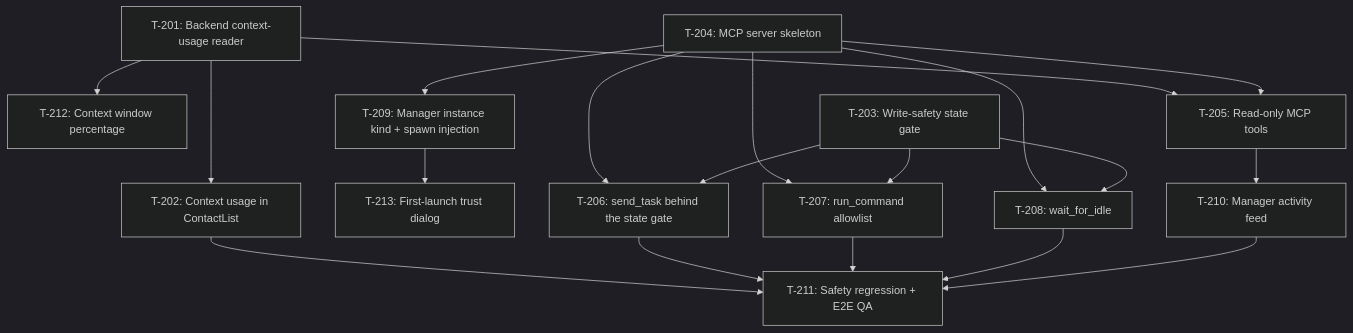
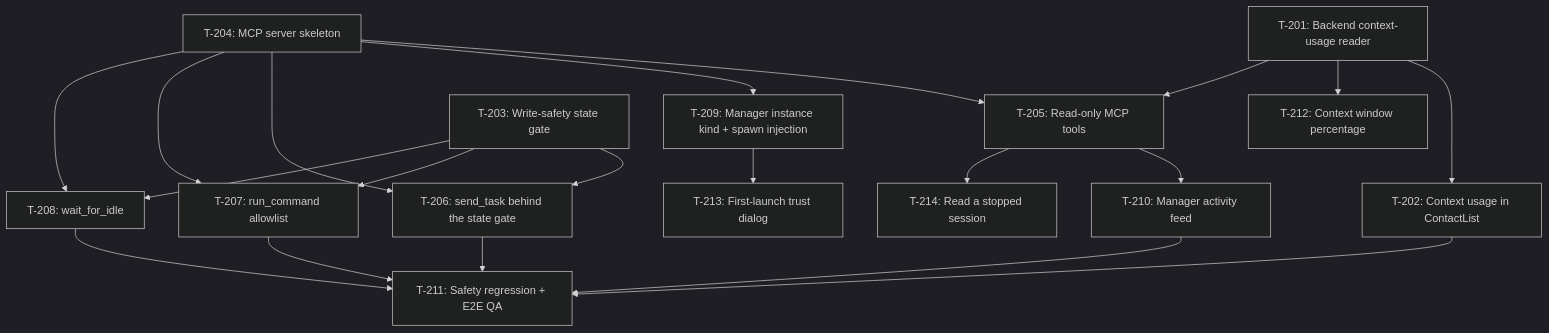
The diagram in docs/specs/manager-agent/kanban.md (Jasenpan1987/multi-code), drawn with Mermaid (dark theme) before and after one commit. The commit also changed other lines of this file and 7 other files, not shown here.

````diff
--- a/docs/specs/manager-agent/kanban.md
+++ b/docs/specs/manager-agent/kanban.md
@@ -10,21 +10,22 @@
 ```mermaid
 graph TD
     T201[T-201: Backend context-usage reader] --> T202[T-202: Context usage in ContactList]
     T201 --> T212[T-212: Context window percentage]
     T201 --> T205[T-205: Read-only MCP tools]
     T204[T-204: MCP server skeleton] --> T205
     T204 --> T209[T-209: Manager instance kind + spawn injection]
     T209 --> T213[T-213: First-launch trust dialog]
     T204 --> T206[T-206: send_task behind the state gate]
     T204 --> T207[T-207: run_command allowlist]
     T204 --> T208[T-208: wait_for_idle]
     T203[T-203: Write-safety state gate] --> T206
     T203 --> T207
     T203 --> T208
     T205 --> T210[T-210: Manager activity feed]
+    T205 --> T214[T-214: Read a stopped session]
     T202 --> T211[T-211: Safety regression + E2E QA]
     T206 --> T211
     T207 --> T211
     T208 --> T211
     T210 --> T211
 ```
````
